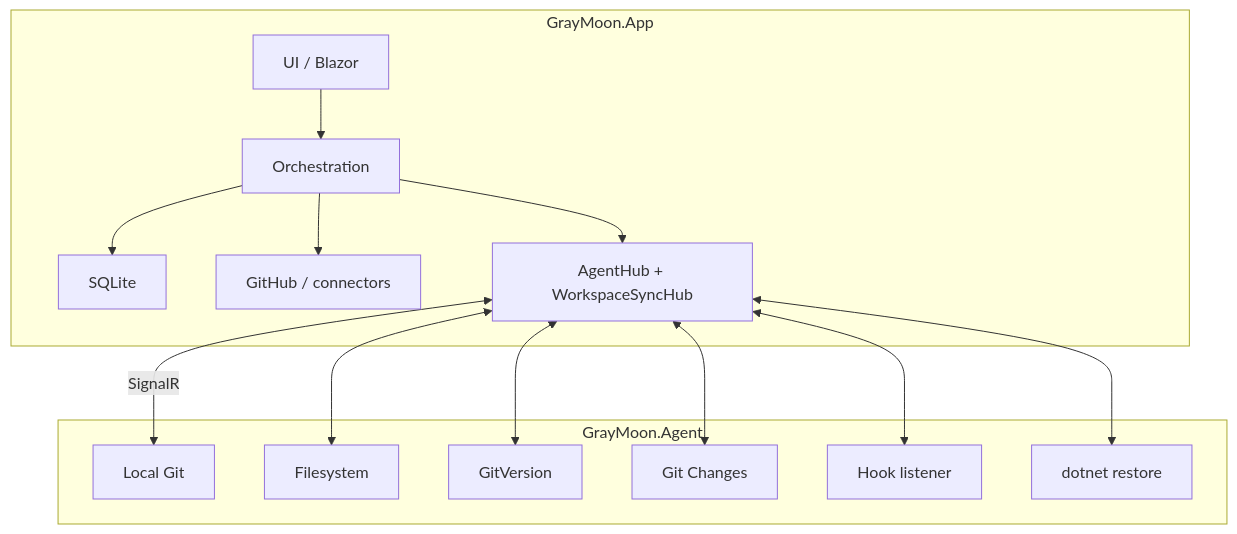
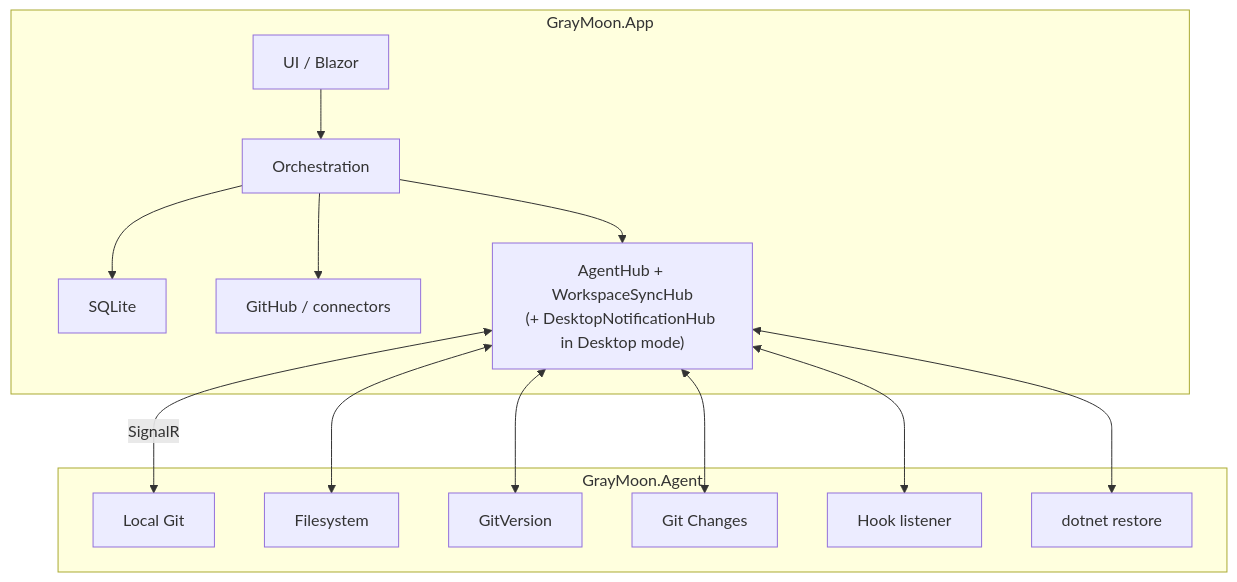
The first of 3 diagrams in docs/architecture/README.md (Jandini/GrayMoon), drawn with Mermaid before and after one commit. The commit also changed other lines of this file and 18 other files, not shown here.

````diff
--- a/docs/architecture/README.md
+++ b/docs/architecture/README.md
@@ -53,30 +52,30 @@
 ```mermaid
 flowchart TB
   subgraph AppSide["GrayMoon.App"]
     UI["UI / Blazor"]
     Orch["Orchestration"]
     DB["SQLite"]
     GH["GitHub / connectors"]
-    Hub["AgentHub + WorkspaceSyncHub"]
+    Hub["AgentHub + WorkspaceSyncHub<br/>(+ DesktopNotificationHub in Desktop mode)"]
   end
 
   subgraph AgentSide["GrayMoon.Agent"]
     Git["Local Git"]
     FS["Filesystem"]
     GV["GitVersion"]
     GC["Git Changes"]
     Hooks["Hook listener"]
     Restore["dotnet restore"]
   end
 
   UI --> Orch
   Orch --> DB
   Orch --> GH
   Orch --> Hub
   Hub <-->|"SignalR"| Git
   Hub <--> FS
   Hub <--> GV
   Hub <--> GC
   Hub <--> Hooks
   Hub <--> Restore
 ```
````
